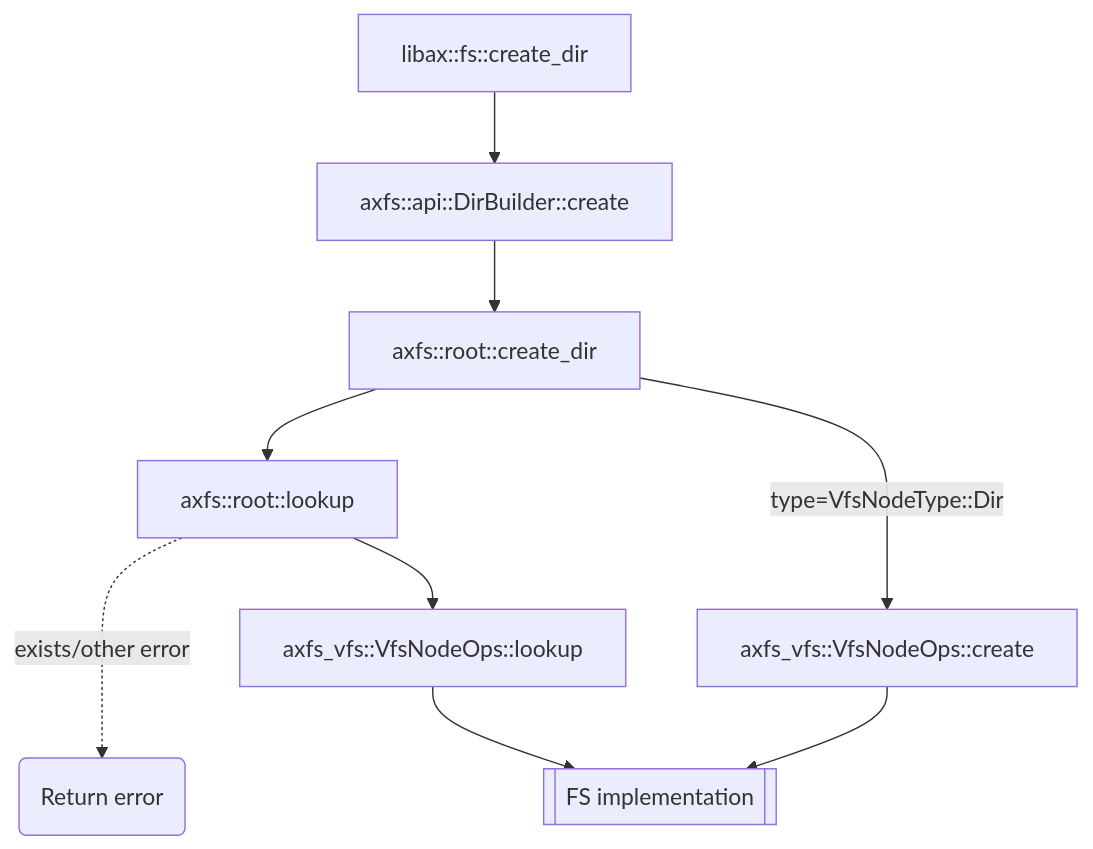
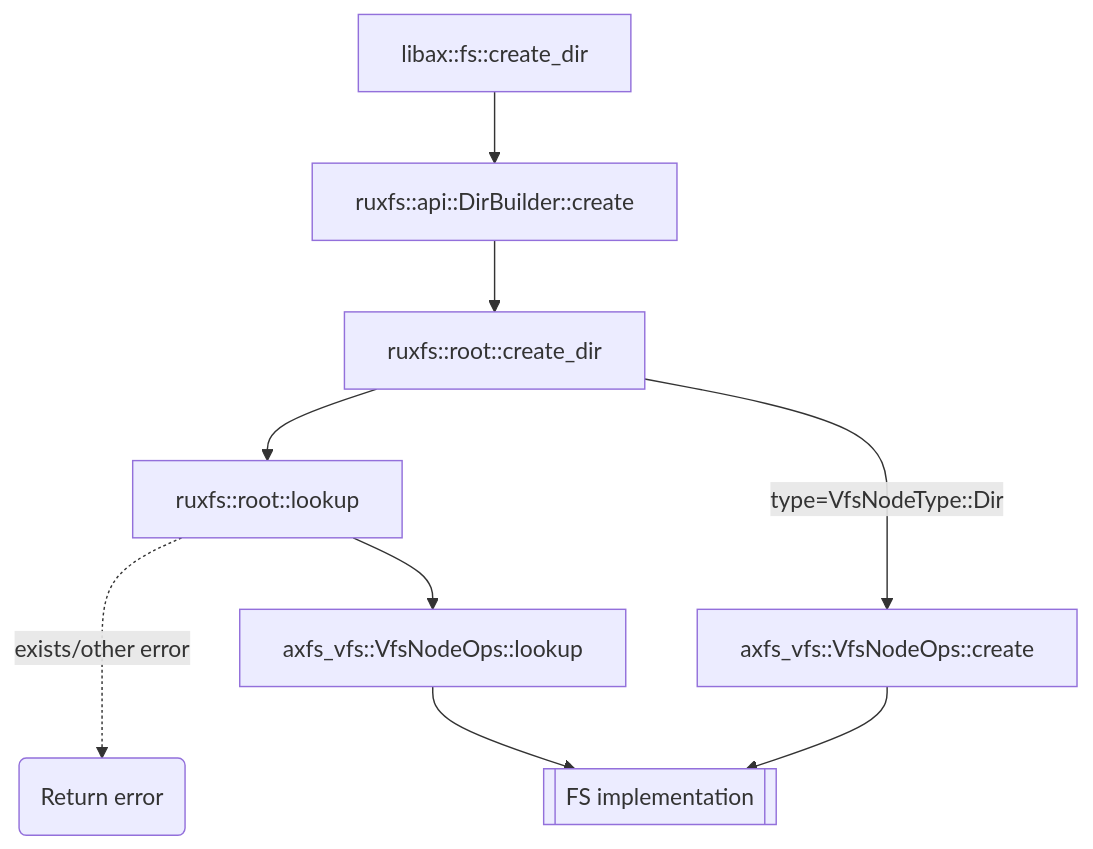
Before and after one commit to syswonder/ruxos: the third of 8 diagrams in doc/apps_fs_shell.md, drawn with Mermaid. The commit also changed other lines of this file and 854 other files, not shown here.

````diff
--- a/doc/apps_fs_shell.md
+++ b/doc/apps_fs_shell.md
@@ -228,9 +228,9 @@
 ```mermaid
 graph TD
-	lib_mkdir[libax::fs::create_dir] --> builder_create["axfs::api::DirBuilder::create"]
-	builder_create --> root_create[axfs::root::create_dir] --> lookup[axfs::root::lookup]
+	lib_mkdir[libax::fs::create_dir] --> builder_create["ruxfs::api::DirBuilder::create"]
+	builder_create --> root_create[ruxfs::root::create_dir] --> lookup[ruxfs::root::lookup]
 	lookup -..-> |exists/other error| err(Return error)
 	root_create -->|type=VfsNodeType::Dir| node_create[axfs_vfs::VfsNodeOps::create] --> fs_impl[[FS implementation]]
 
 	lookup --> vfs_lookup["axfs_vfs::VfsNodeOps::lookup"] --> fs_impl[[FS implementation]]
 ```
````
